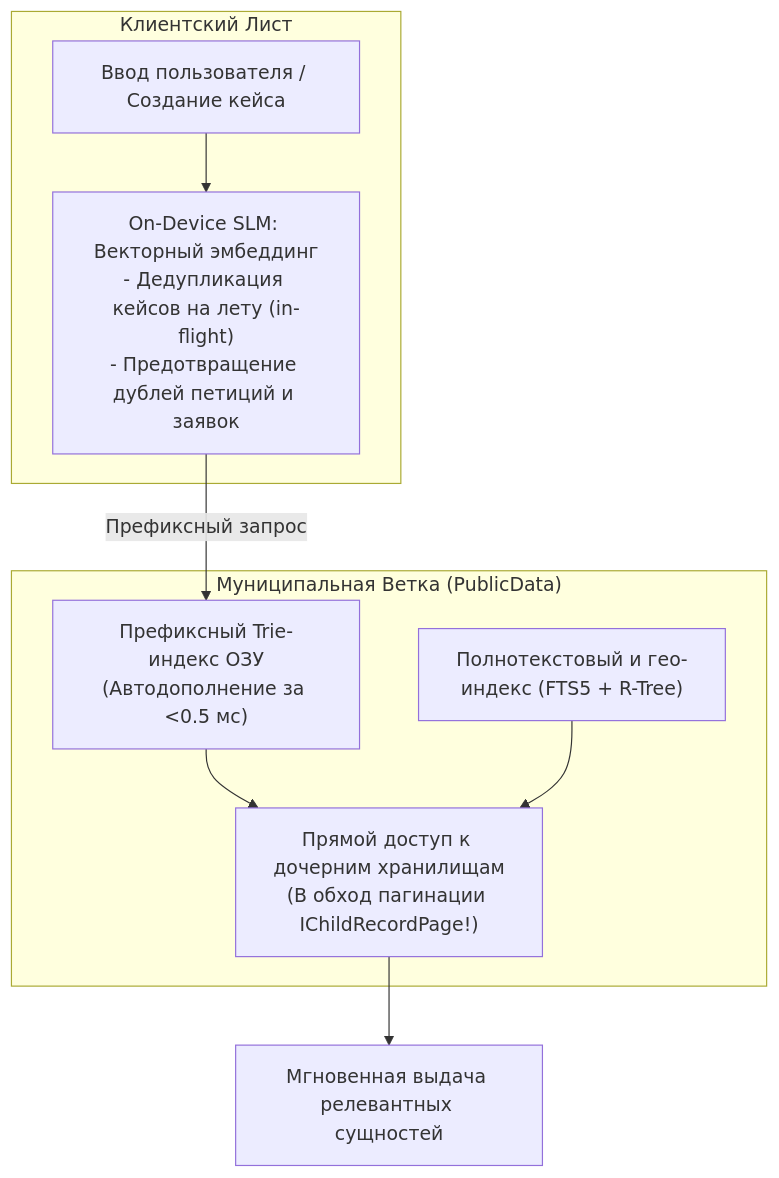
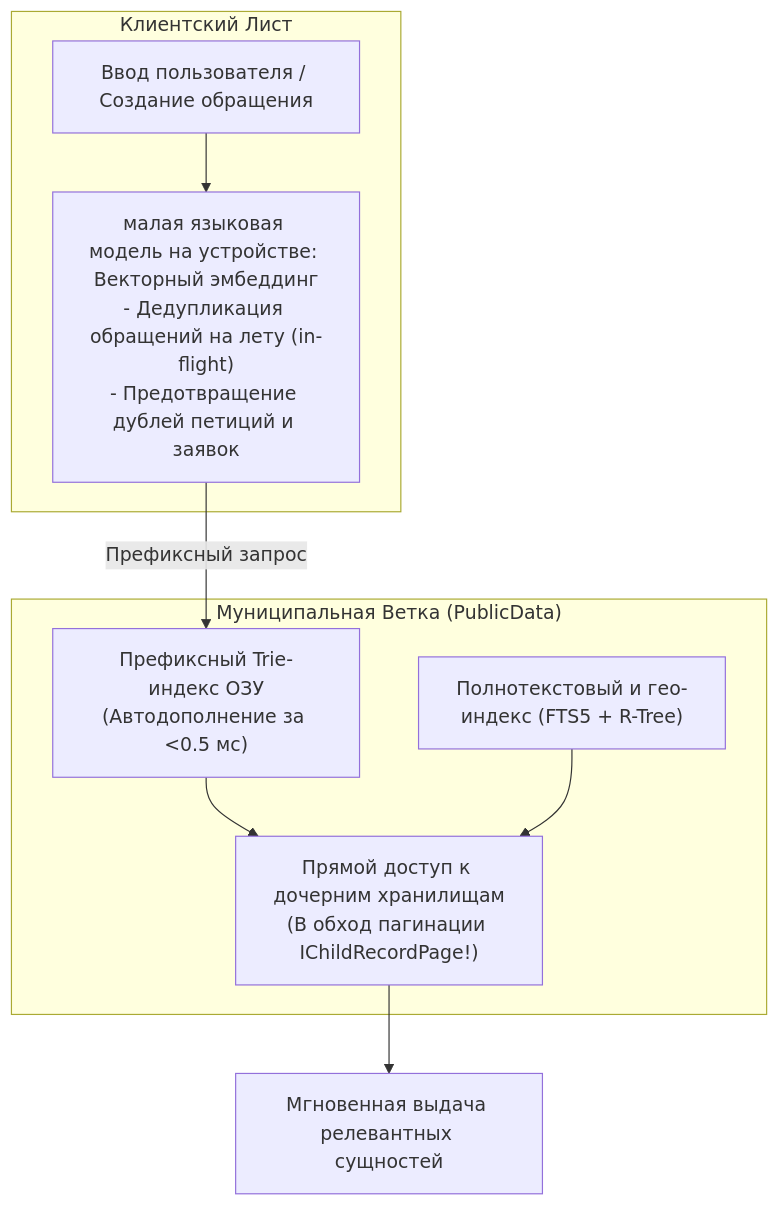
The fourth of 11 diagrams in architecture_presentations/06_tree_search_and_analytics/docs/presentation_deck.md (Data-Independence-Network/presentations), drawn with Mermaid before and after one commit. The commit also changed other lines of this file and 88 other files, not shown here.

```diff
--- a/architecture_presentations/06_tree_search_and_analytics/docs/presentation_deck.md
+++ b/architecture_presentations/06_tree_search_and_analytics/docs/presentation_deck.md
@@ -278,19 +278,19 @@
         <div class="mermaid">
 graph TB
     subgraph Leaf["Клиентский Лист"]
-        Input["Ввод пользователя / Создание кейса"]
-        SLM["On-Device SLM: Векторный эмбеддинг<br/>- Дедупликация кейсов на лету (in-flight)<br/>- Предотвращение дублей петиций и заявок"]
+        Input["Ввод пользователя / Создание обращения"]
+        SLM["малая языковая модель на устройстве: Векторный эмбеддинг<br/>- Дедупликация обращений на лету (in-flight)<br/>- Предотвращение дублей петиций и заявок"]
         Input --> SLM
     end
 
     subgraph Branch["Муниципальная Ветка (PublicData)"]
         Trie["Префиксный Trie-индекс ОЗУ<br/>(Автодополнение за &lt;0.5 мс)"]
         FTS["Полнотекстовый и гео-индекс (FTS5 + R-Tree)"]
         Direct["Прямой доступ к дочерним хранилищам<br/>(В обход пагинации IChildRecordPage!)"]
     end
 
     SLM -->|Префиксный запрос| Trie
     Trie --> Direct
     FTS --> Direct
     Direct --> FastResult["Мгновенная выдача релевантных сущностей"]
         </div>
```
